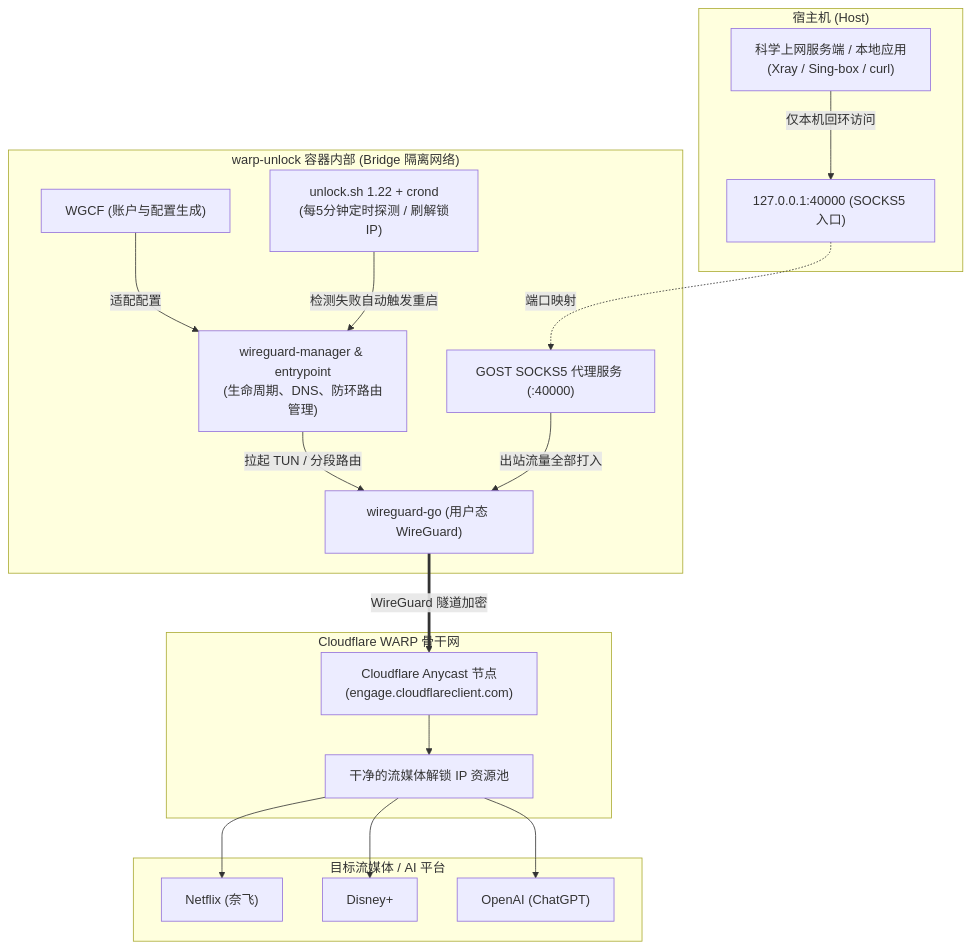
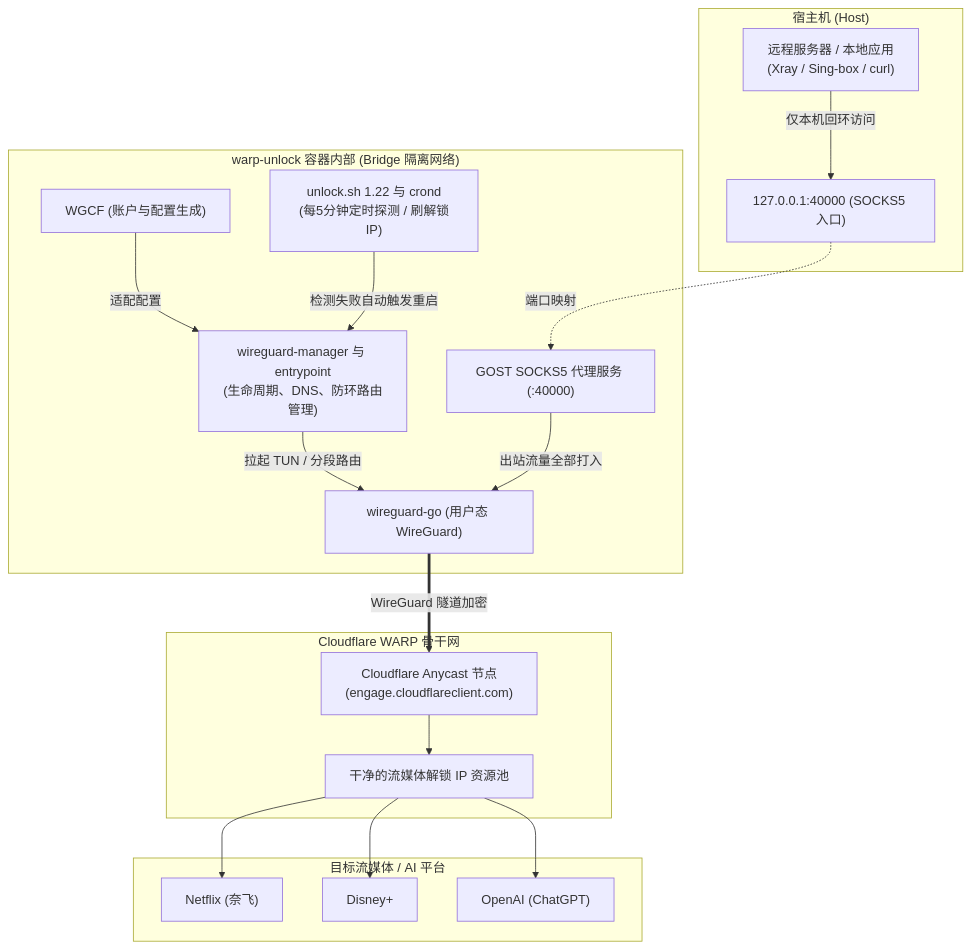
One commit to hausthy/cloudflare-warp-unlock changed the first of 2 diagrams in README.md. Above: the diagram before and after it, drawn with Mermaid. The commit also changed other lines of this file and 2 other files, not shown here.

````diff
--- a/README.md
+++ b/README.md
@@ -38,39 +38,39 @@
 ```mermaid
 flowchart TD
     subgraph Host["宿主机 (Host)"]
-        Client["科学上网服务端 / 本地应用<br>(Xray / Sing-box / curl)"]
+        Client["远程服务器 / 本地应用<br>(Xray / Sing-box / curl)"]
         SocksPort["127.0.0.1:40000 (SOCKS5 入口)"]
         Client -->|仅本机回环访问| SocksPort
     end
 
     subgraph Container["warp-unlock 容器内部 (Bridge 隔离网络)"]
         Gost["GOST SOCKS5 代理服务 (:40000)"]
         SocksPort -.->|端口映射| Gost
 
-        Manager["wireguard-manager & entrypoint<br>(生命周期、DNS、防环路由管理)"]
+        Manager["wireguard-manager 与 entrypoint<br>(生命周期、DNS、防环路由管理)"]
         WGCF["WGCF (账户与配置生成)"]
         WGGo["wireguard-go (用户态 WireGuard)"]
-        Unlock["unlock.sh 1.22 + crond<br>(每5分钟定时探测 / 刷解锁IP)"]
+        Unlock["unlock.sh 1.22 与 crond<br>(每5分钟定时探测 / 刷解锁IP)"]
 
         WGCF -->|适配配置| Manager
         Manager -->|拉起 TUN / 分段路由| WGGo
         Gost -->|出站流量全部打入| WGGo
         Unlock -->|检测失败自动触发重启| Manager
     end
 
     subgraph Cloudflare["Cloudflare WARP 骨干网"]
         Endpoint["Cloudflare Anycast 节点<br>(engage.cloudflareclient.com)"]
         CFIP["干净的流媒体解锁 IP 资源池"]
-        WGGo == WireGuard 隧道加密 ==> Endpoint
+        WGGo ==>|WireGuard 隧道加密| Endpoint
         Endpoint --> CFIP
     end
 
     subgraph Targets["目标流媒体 / AI 平台"]
         Netflix["Netflix (奈飞)"]
         Disney["Disney+"]
         ChatGPT["OpenAI (ChatGPT)"]
         CFIP --> Netflix
         CFIP --> Disney
         CFIP --> ChatGPT
     end
 ```
````
